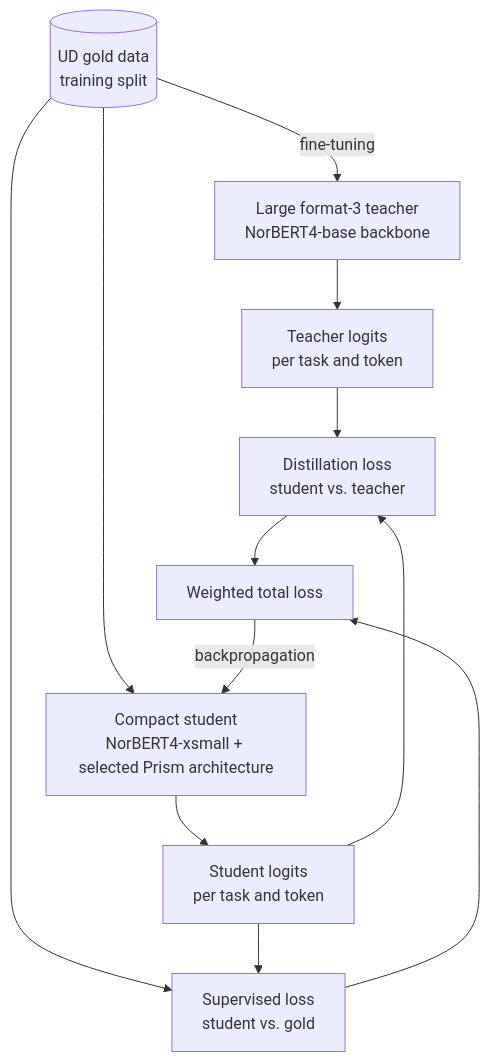
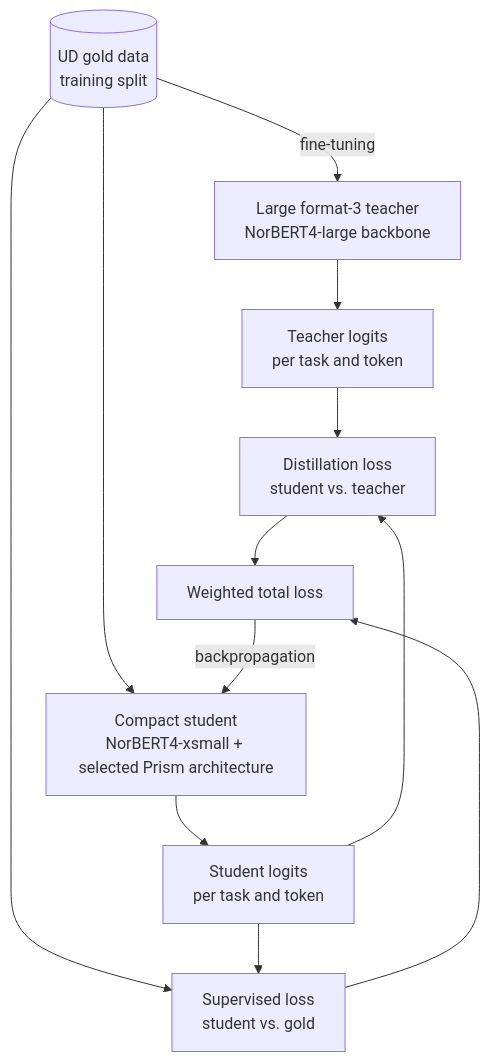
Before and after one commit to dmlux/Prism: the seventh of 8 diagrams in docs/ARCHITECTURE.md, drawn with Mermaid. The commit also changed other lines of this file and 2 other files, not shown here.

First line of the commit message:
docs: correct distillation teacher to NorBERT4-large

````diff
--- a/docs/ARCHITECTURE.md
+++ b/docs/ARCHITECTURE.md
@@ -1625,21 +1627,21 @@
 ```mermaid
 flowchart TB
     Gold[("UD gold data<br/>training split")]
-    Teacher["Large format-3 teacher<br/>NorBERT4-base backbone"]
+    Teacher["Large format-3 teacher<br/>NorBERT4-large backbone"]
     TeacherLogits["Teacher logits<br/>per task and token"]
     Student["Compact student<br/>NorBERT4-xsmall + selected Prism architecture"]
     StudentLogits["Student logits<br/>per task and token"]
     GoldLoss["Supervised loss<br/>student vs. gold"]
     DistillLoss["Distillation loss<br/>student vs. teacher"]
     TotalLoss["Weighted total loss"]
 
     Gold -- fine-tuning --> Teacher --> TeacherLogits
     Gold --> Student --> StudentLogits
     Gold --> GoldLoss
     StudentLogits --> GoldLoss
     TeacherLogits --> DistillLoss
     StudentLogits --> DistillLoss
     GoldLoss --> TotalLoss
     DistillLoss --> TotalLoss
     TotalLoss -- backpropagation --> Student
 ```
````
